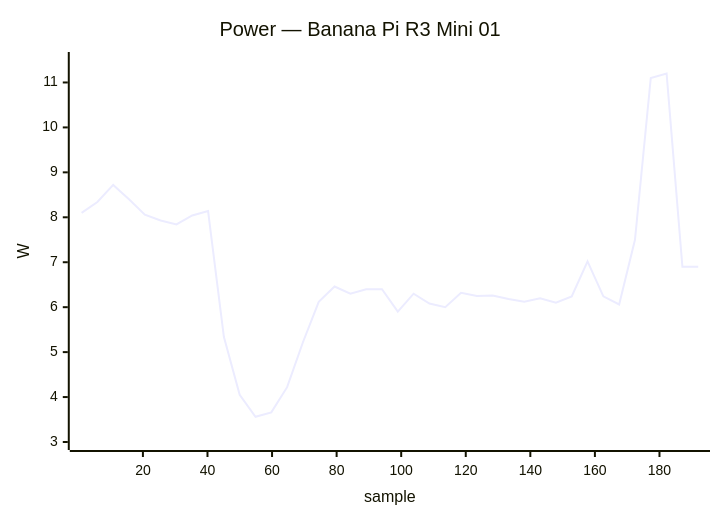
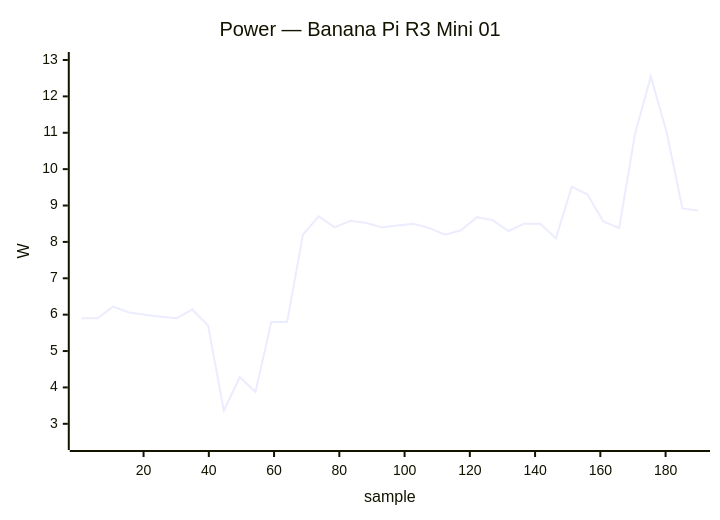
Before and after one commit to armbian/documentation: diagram 12 of 34 in docs/status/board-tests.md, drawn with Mermaid. The commit also changed other lines of this file, not shown here.

````diff
--- a/docs/status/board-tests.md
+++ b/docs/status/board-tests.md
@@ -596,7 +578,7 @@
 ```mermaid
 xychart-beta
     title "Power — Banana Pi R3 Mini 01"
-    x-axis "sample" 1 --> 192
-    y-axis "W" 3.0 --> 11.5
-    line [8.10, 8.34, 8.72, 8.40, 8.06, 7.93, 7.84, 8.04, 8.14, 5.34, 4.05, 3.56, 3.66, 4.22, 5.22, 6.12, 6.46, 6.30, 6.40, 6.40, 5.90, 6.30, 6.08, 6.00, 6.32, 6.25, 6.26, 6.18, 6.12, 6.20, 6.10, 6.24, 7.02, 6.24, 6.06, 7.50, 11.10, 11.20, 6.90, 6.90]
+    x-axis "sample" 1 --> 190
+    y-axis "W" 2.5 --> 13.0
+    line [5.90, 5.90, 6.22, 6.06, 6.00, 5.94, 5.90, 6.14, 5.70, 3.36, 4.28, 3.88, 5.80, 5.80, 8.20, 8.70, 8.40, 8.58, 8.52, 8.40, 8.45, 8.50, 8.38, 8.20, 8.32, 8.68, 8.60, 8.30, 8.50, 8.50, 8.10, 9.52, 9.30, 8.56, 8.38, 10.96, 12.55, 11.02, 8.92, 8.86]
 ```
````
